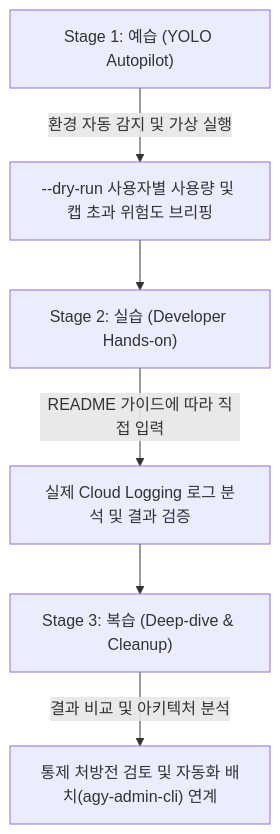
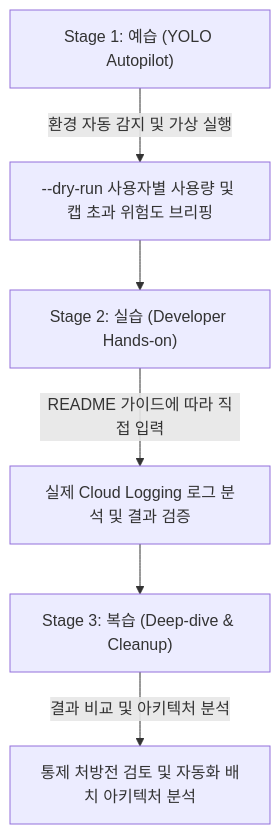
Before and after one commit to jiangjun-forge/google-cloud-0-to-1: the diagram in .agents/skills/antigravity-user-quota-cap/SKILL.md, drawn with Mermaid. The commit also changed 4 other files, not shown here.

````diff
--- a/.agents/skills/antigravity-user-quota-cap/SKILL.md
+++ b/.agents/skills/antigravity-user-quota-cap/SKILL.md
@@ -31,8 +31,8 @@
 ```mermaid
 flowchart TD
     A["Stage 1: 예습 (YOLO Autopilot)"] -->|환경 자동 감지 및 가상 실행| B["--dry-run 사용자별 사용량 및 캡 초과 위험도 브리핑"]
     B --> C["Stage 2: 실습 (Developer Hands-on)"]
     C -->|README 가이드에 따라 직접 입력| D["실제 Cloud Logging 로그 분석 및 결과 검증"]
     D --> E["Stage 3: 복습 (Deep-dive & Cleanup)"]
-    E -->|결과 비교 및 아키텍처 분석| F["통제 처방전 검토 및 자동화 배치(agy-admin-cli) 연계"]
+    E -->|결과 비교 및 아키텍처 분석| F["통제 처방전 검토 및 자동화 배치 아키텍처 분석"]
 ```
````
